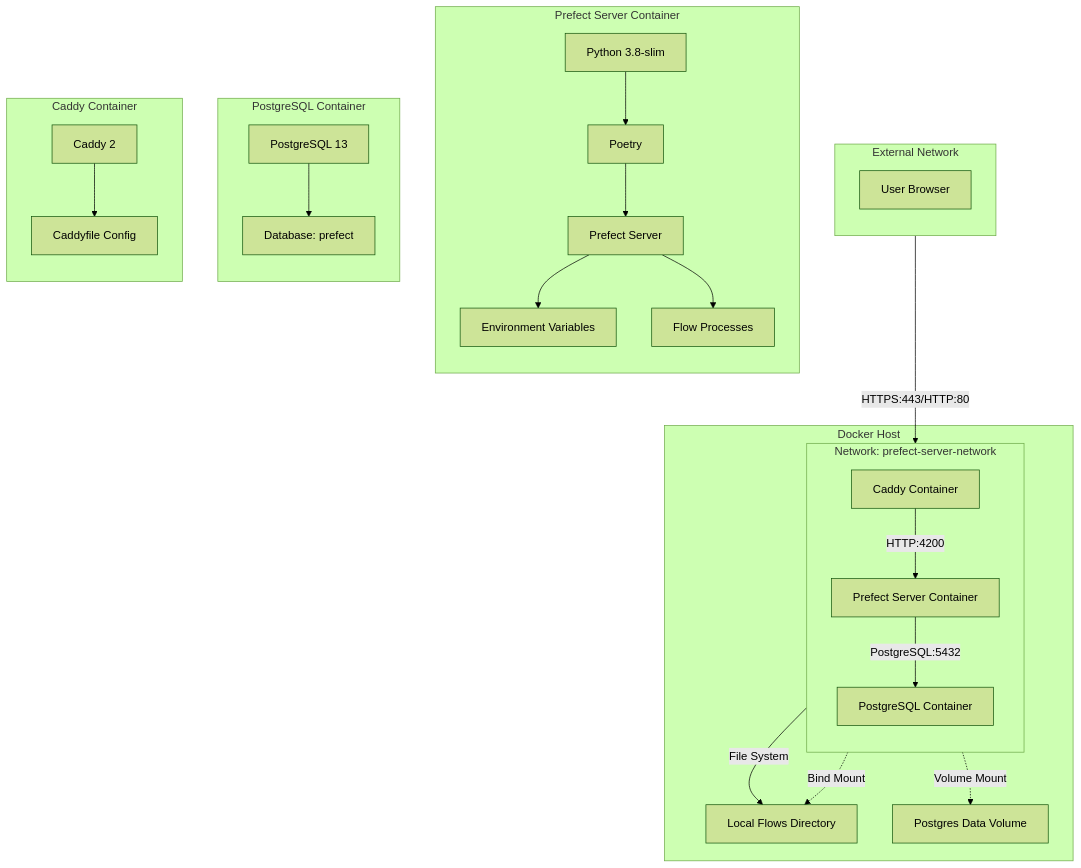
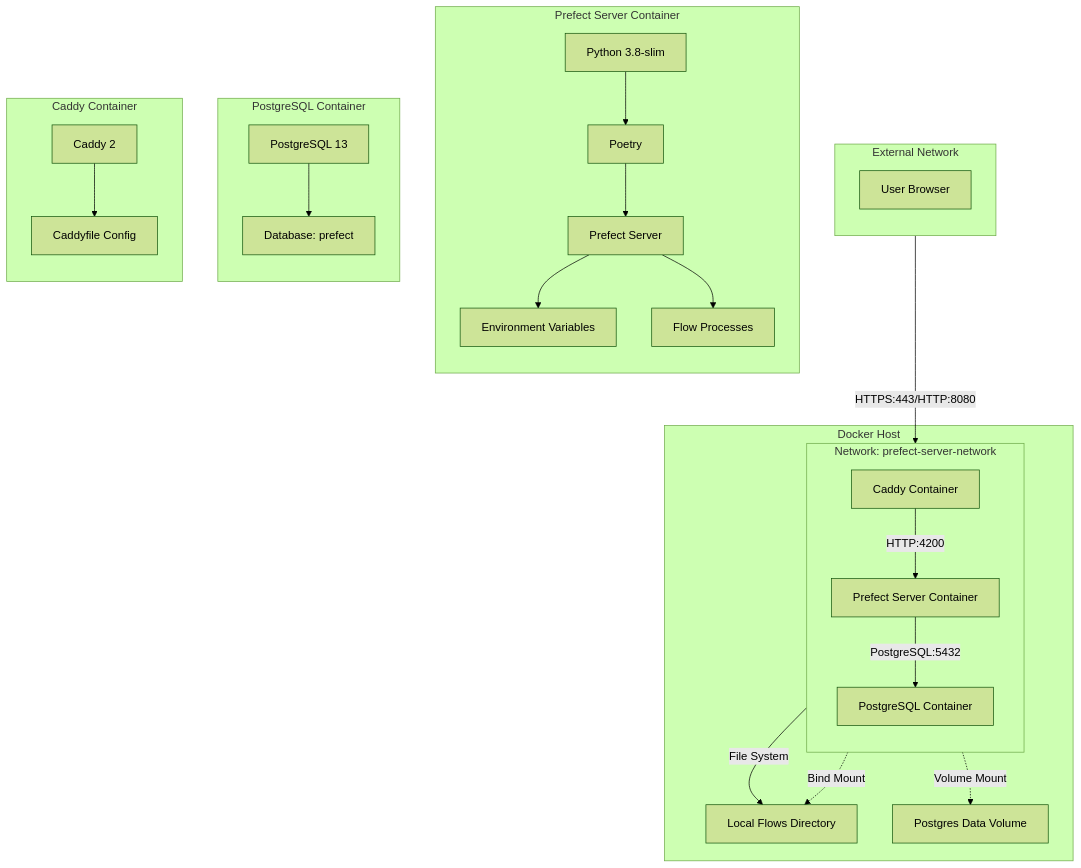
Before and after one commit to lennardong/yoshi_optionstrading: the first of 2 diagrams in services_prefect/readme_prefect_v1.md, drawn with Mermaid (forest theme). The commit also changed 25 other files, not shown here.

````diff
--- a/services_prefect/readme_prefect_v1.md
+++ b/services_prefect/readme_prefect_v1.md
@@ -3,53 +3,53 @@
 ```mermaid
 graph TD
     subgraph "Docker Host"
         subgraph "Network: prefect-server-network"
             direction TB
             A[Prefect Server Container]
             B[PostgreSQL Container]
             C[Caddy Container]
         end
         E[Local Flows Directory]
         F[Postgres Data Volume]
     end
 
     subgraph "External Network"
         direction TB
         D[User Browser]
     end
 
-    D -->|HTTPS:443/HTTP:80| C
+    D -->|HTTPS:443/HTTP:8080| C
     C -->|HTTP:4200| A
     A -->|PostgreSQL:5432| B
     C -->|File System| E
     A -.->|Bind Mount| E
     B -.->|Volume Mount| F
 
     subgraph "Prefect Server Container"
         direction TB
         A1[Python 3.8-slim]
         A2[Poetry]
         A3[Prefect Server]
         A4[Environment Variables]
         A5[Flow Processes]
         A1 --> A2
         A2 --> A3
         A3 --> A4
         A3 --> A5
     end
 
     subgraph "PostgreSQL Container"
         direction TB
         B1[PostgreSQL 13]
         B2[Database: prefect]
         B1 --> B2
     end
 
     subgraph "Caddy Container"
         direction TB
         C1[Caddy 2]
         C2[Caddyfile Config]
         C1 --> C2
     end
 
 ```
````
